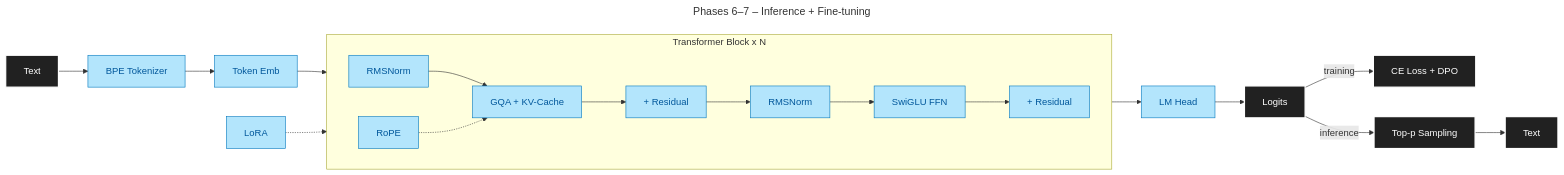
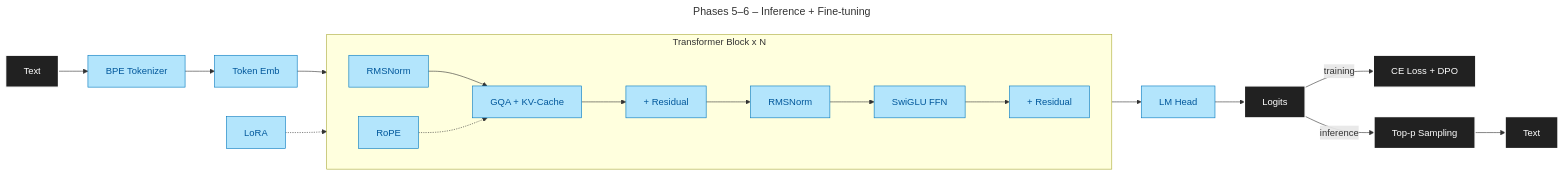
The fourth of 7 diagrams in docs/DESIGN.md (maxjbarfuss/max_llm), drawn with Mermaid before and after one commit. The commit also changed other lines of this file and 2 other files, not shown here.

First line of the commit message:
Consolidate phases 3+4 into single Phase 3, renumber 5-9 to 4-8

````diff
--- a/docs/DESIGN.md
+++ b/docs/DESIGN.md
@@ -87,18 +68,18 @@
 ```mermaid
 ---
-title: Phases 6–7 – Inference + Fine-tuning
+title: Phases 5–6 – Inference + Fine-tuning
 ---
 graph LR
-    A[Text]:::io --> B[BPE Tokenizer]:::p67 --> C[Token Emb]:::p67 --> Block
+    A[Text]:::io --> B[BPE Tokenizer]:::p56 --> C[Token Emb]:::p56 --> Block
     subgraph Block[Transformer Block x N]
         direction LR
-        D[RMSNorm]:::p67 --> E[GQA + KV-Cache]:::p67 --> F[+ Residual]:::p67 --> G[RMSNorm]:::p67 --> H[SwiGLU FFN]:::p67 --> I[+ Residual]:::p67
-        RoPE:::p67 -.-> E
+        D[RMSNorm]:::p56 --> E[GQA + KV-Cache]:::p56 --> F[+ Residual]:::p56 --> G[RMSNorm]:::p56 --> H[SwiGLU FFN]:::p56 --> I[+ Residual]:::p56
+        RoPE:::p56 -.-> E
     end
-    Block --> J[LM Head]:::p67 --> K[Logits]:::io
+    Block --> J[LM Head]:::p56 --> K[Logits]:::io
     K -->|training| L[CE Loss + DPO]:::io
     K -->|inference| M[Top-p Sampling]:::io --> N[Text]:::io
-    LoRA:::p67 -.-> Block
+    LoRA:::p56 -.-> Block
     classDef io fill:#212121,stroke:#FFFFFF,color:#FFFFFF,stroke-width:2px
-    classDef p67 fill:#B3E5FC,stroke:#0277BD,color:#01579B
+    classDef p56 fill:#B3E5FC,stroke:#0277BD,color:#01579B
 ```
````
